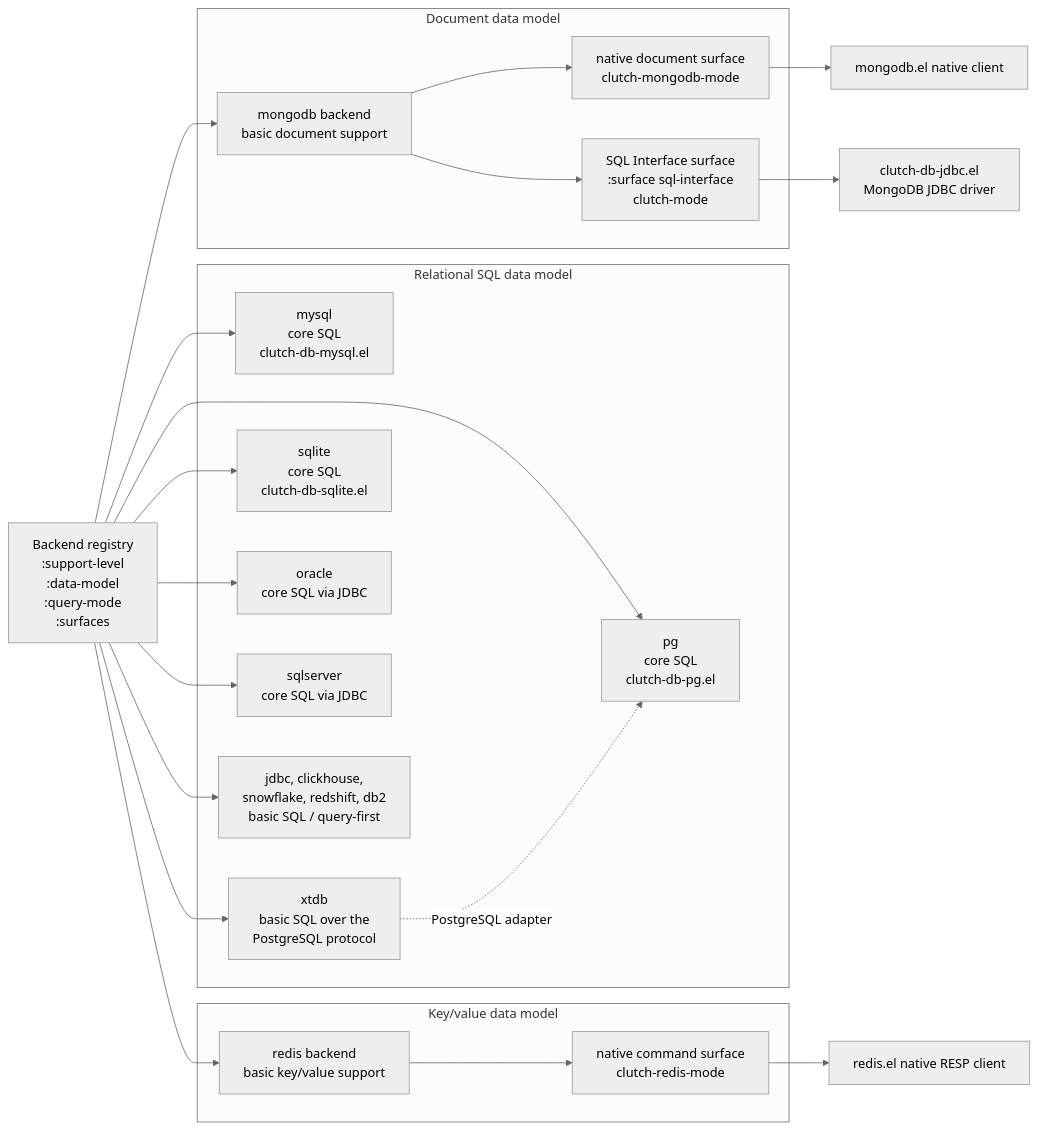
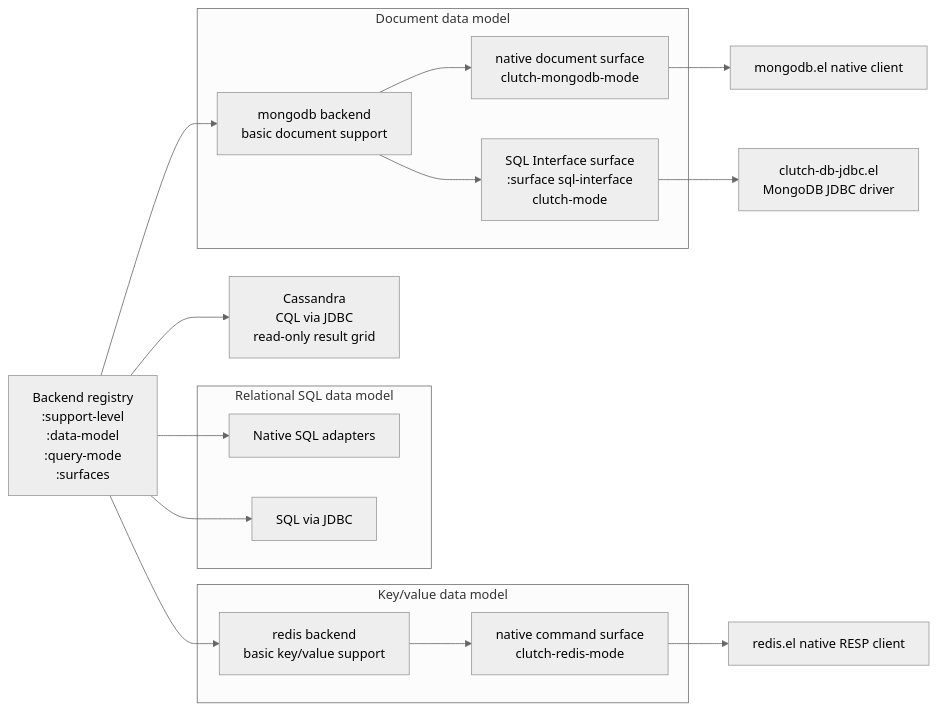
The third of 7 diagrams in docs/architecture.md (LuciusChen/clutch), drawn with Mermaid (neutral theme) before and after one commit. The commit also changed other lines of this file and 4 other files, not shown here.

````diff
--- a/docs/architecture.md
+++ b/docs/architecture.md
@@ -135,45 +135,36 @@
 ```mermaid
 flowchart LR
   Registry["Backend registry<br/>:support-level<br/>:data-model<br/>:query-mode<br/>:surfaces"]
 
   subgraph Relational["Relational SQL data model"]
-    MySQLCore["mysql<br/>core SQL<br/>clutch-db-mysql.el"]
-    PGCore["pg<br/>core SQL<br/>clutch-db-pg.el"]
-    XTDBBasic["xtdb<br/>basic SQL over the<br/>PostgreSQL protocol"]
-    SQLiteCore["sqlite<br/>core SQL<br/>clutch-db-sqlite.el"]
-    OracleCore["oracle<br/>core SQL via JDBC"]
-    SQLServerCore["sqlserver<br/>core SQL via JDBC"]
-    GenericJDBC["jdbc, clickhouse,<br/>snowflake, redshift, db2<br/>basic SQL / query-first"]
+    NativeSQL["Native SQL adapters"]
+    JdbcSQL["SQL via JDBC"]
   end
+
+  Cassandra["Cassandra<br/>CQL via JDBC<br/>read-only result grid"]
 
   subgraph DocumentDB["Document data model"]
     MongoBackend["mongodb backend<br/>basic document support"]
     MongoNative["native document surface<br/>clutch-mongodb-mode"]
     MongoSQL["SQL Interface surface<br/>:surface sql-interface<br/>clutch-mode"]
   end
 
   subgraph KeyValue["Key/value data model"]
     RedisBackend["redis backend<br/>basic key/value support"]
     RedisNative["native command surface<br/>clutch-redis-mode"]
   end
 
-  Registry --> MySQLCore
-  Registry --> PGCore
-  Registry --> XTDBBasic
-  Registry --> SQLiteCore
-  Registry --> OracleCore
-  Registry --> SQLServerCore
-  Registry --> GenericJDBC
+  Registry --> NativeSQL
+  Registry --> JdbcSQL
+  Registry --> Cassandra
   Registry --> MongoBackend
   Registry --> RedisBackend
-
-  XTDBBasic -.->|PostgreSQL adapter| PGCore
 
   MongoBackend --> MongoNative
   MongoBackend --> MongoSQL
   MongoNative --> MongoExt["mongodb.el native client"]
   MongoSQL --> JDBCPath["clutch-db-jdbc.el<br/>MongoDB JDBC driver"]
 
   RedisBackend --> RedisNative
   RedisNative --> RedisExt["redis.el native RESP client"]
 ```
````
